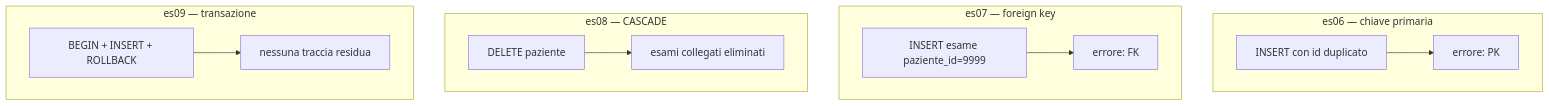
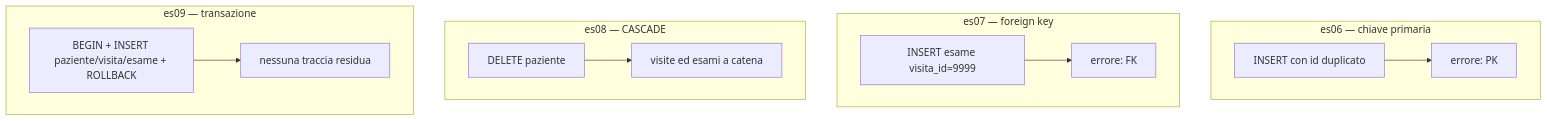
The fourth of 6 diagrams in 07-matlab-sqlite-database/README.md (lucadagati/Lab_Fondamenti_di_Informatica_25_26), drawn with Mermaid before and after one commit. The commit also changed other lines of this file and 11 other files, not shown here.

First line of the commit message:
Lab 07: schema SQLite esteso a sei tabelle (LIS didattico)

````diff
--- a/07-matlab-sqlite-database/README.md
+++ b/07-matlab-sqlite-database/README.md
@@ -217,15 +261,15 @@
 ```mermaid
 flowchart TB
     subgraph es06["es06 — chiave primaria"]
         s6["INSERT con id duplicato"] --> r6["errore: PK"]
     end
     subgraph es07["es07 — foreign key"]
-        s7["INSERT esame paziente_id=9999"] --> r7["errore: FK"]
+        s7["INSERT esame visita_id=9999"] --> r7["errore: FK"]
     end
     subgraph es08["es08 — CASCADE"]
-        s8["DELETE paziente"] --> r8["esami collegati eliminati"]
+        s8["DELETE paziente"] --> r8["visite ed esami a catena"]
     end
     subgraph es09["es09 — transazione"]
-        s9["BEGIN + INSERT + ROLLBACK"] --> r9["nessuna traccia residua"]
+        s9["BEGIN + INSERT paziente/visita/esame + ROLLBACK"] --> r9["nessuna traccia residua"]
     end
 ```
````
